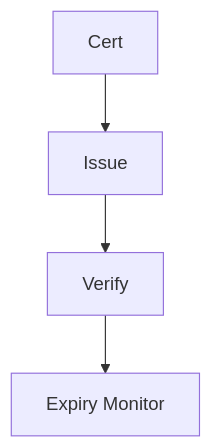
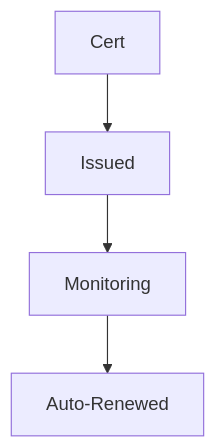
Before and after one commit to Devopstrio/identity-security-scorecard: diagram 27 of 30 in README.md, drawn with Mermaid. The commit also changed other lines of this file, not shown here.

Commit message:
docs: finalize premium institutional-grade README with 30+ diagrams and executive summary

````diff
--- a/README.md
+++ b/README.md
@@ -319,6 +316,6 @@
 ```mermaid
 graph TD
-    C[Cert] --> I[Issue]
-    I --> V[Verify]
-    V --> E[Expiry Monitor]
+    Cert[Cert] --> Issue[Issued]
+    Issue --> Monitor[Monitoring]
+    Monitor --> Renew[Auto-Renewed]
 ```
````
